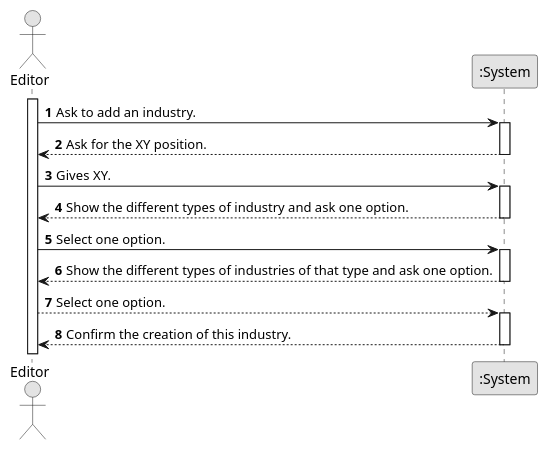
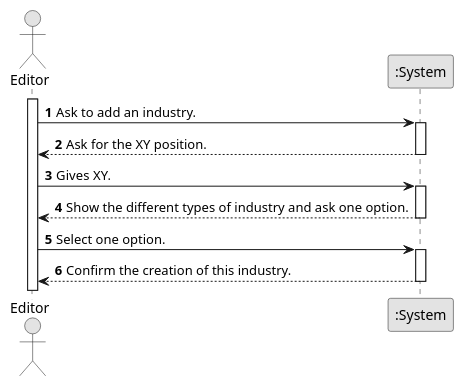
The diagram in docs/system-documentation/US002/01.requirements-engineering/puml/US002-SSD.puml (1240826/empire-on-tracks), drawn with PlantUML before and after one commit. The commit also changed 10 other files, not shown here.

```diff
--- a/docs/system-documentation/US002/01.requirements-engineering/puml/US002-SSD.puml
+++ b/docs/system-documentation/US002/01.requirements-engineering/puml/US002-SSD.puml
@@ -1,46 +1,38 @@
 @startuml
 skinparam monochrome true
 skinparam packageStyle rectangle
 skinparam shadowing false
 
 autonumber
 
 actor "Editor" as Employee
 participant ":System" as System
 
 activate Employee
 
     Employee -> System : Ask to add an industry.
     activate System
 
         System-->Employee:Ask for the XY position.
 
     deactivate System
 
     Employee->System:Gives XY.
 
     activate System
     System-->Employee:Show the different types of industry and ask one option.
 
     deactivate System
 
    Employee->System:Select one option.
 
    activate System
 
-   System-->Employee:Show the different types of industries of that type and ask one option.
-
-   deactivate System
-
-   Employee-->System:Select one option.
-
-   activate System
-
    System-->Employee:Confirm the creation of this industry.
 
    deactivate System
 
 
 
 
 @enduml
```
